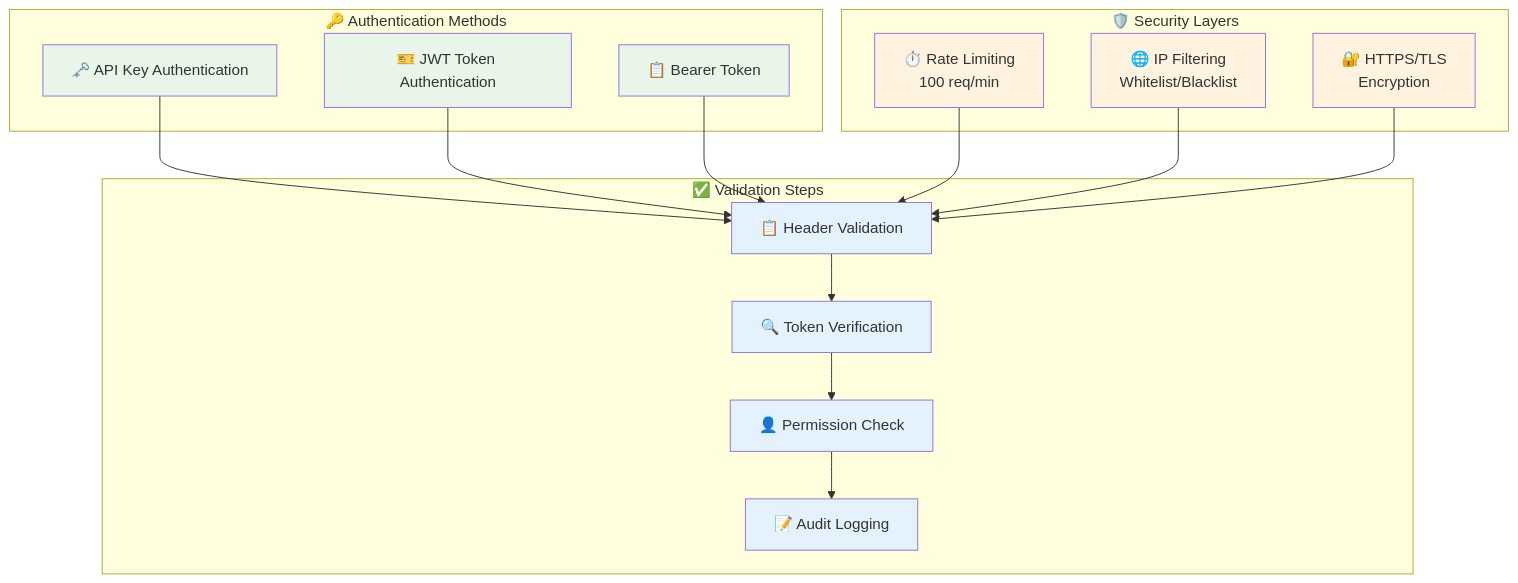
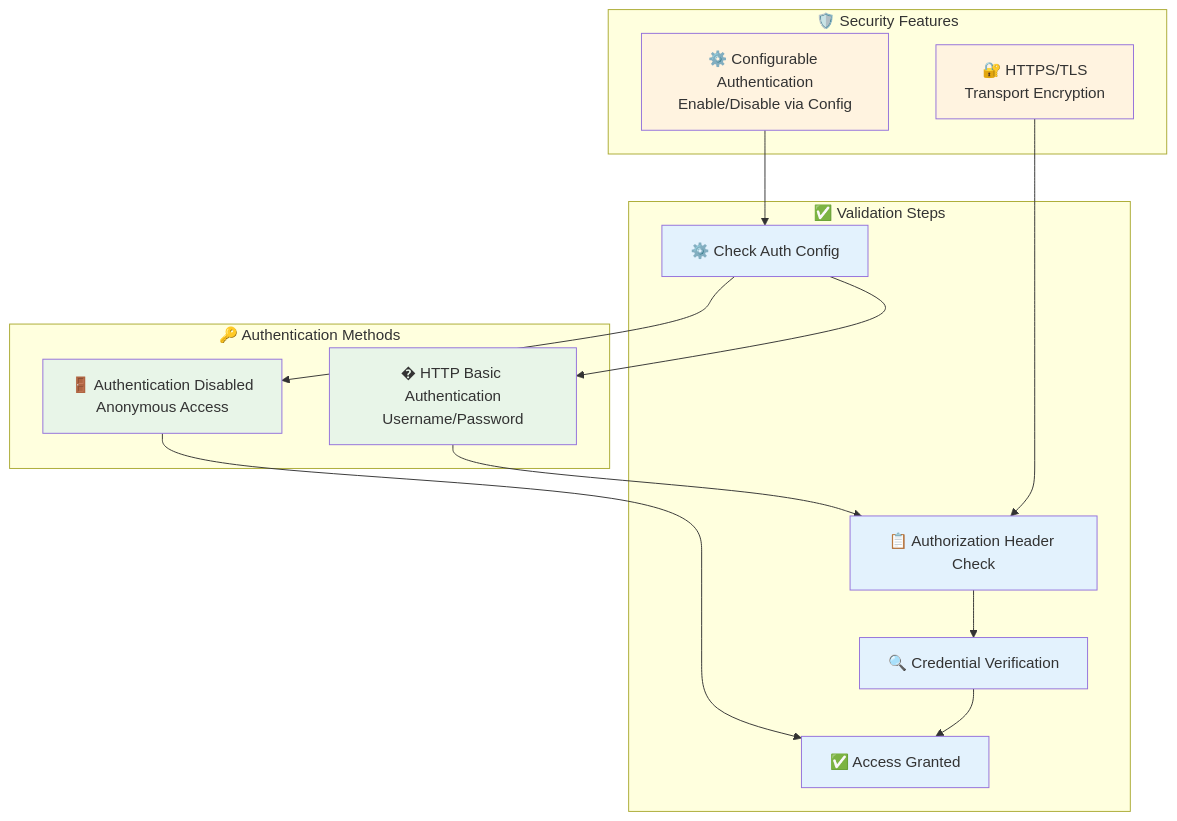
One commit to the-ingenious-dark-knight/Insight_Ingenious changed the sixth of 6 diagrams in docs/api/README.md. Above: the diagram before and after it, drawn with Mermaid. The commit also changed other lines of this file, not shown here.

Commit message:
refactor: Update API documentation to reflect new chat and diagnostic endpoints

````diff
--- a/docs/api/README.md
+++ b/docs/api/README.md
@@ -242,41 +242,38 @@
 ```mermaid
 graph TB
     subgraph "🔑 Authentication Methods"
-        API_KEY[🗝️ API Key Authentication]
-        JWT_TOKEN[🎫 JWT Token Authentication]
-        BEARER_TOKEN[📋 Bearer Token]
+        BASIC_AUTH[� HTTP Basic Authentication<br/>Username/Password]
+        NO_AUTH[🚪 Authentication Disabled<br/>Anonymous Access]
     end
 
-    subgraph "🛡️ Security Layers"
-        RATE_LIMITING[⏱️ Rate Limiting<br/>100 req/min]
-        IP_FILTERING[🌐 IP Filtering<br/>Whitelist/Blacklist]
-        HTTPS_TLS[🔐 HTTPS/TLS<br/>Encryption]
+    subgraph "🛡️ Security Features"
+        HTTPS_TLS[🔐 HTTPS/TLS<br/>Transport Encryption]
+        CONFIG_AUTH[⚙️ Configurable Authentication<br/>Enable/Disable via Config]
     end
 
     subgraph "✅ Validation Steps"
-        HEADER_CHECK[📋 Header Validation]
-        TOKEN_VERIFY[🔍 Token Verification]
-        PERMISSION_CHECK[👤 Permission Check]
-        AUDIT_LOG[📝 Audit Logging]
+        HEADER_CHECK[📋 Authorization Header Check]
+        CREDENTIALS_VERIFY[🔍 Credential Verification]
+        CONFIG_CHECK[⚙️ Check Auth Config]
+        ACCESS_GRANTED[✅ Access Granted]
     end
 
-    API_KEY --> HEADER_CHECK
-    JWT_TOKEN --> HEADER_CHECK
-    BEARER_TOKEN --> HEADER_CHECK
+    BASIC_AUTH --> HEADER_CHECK
+    NO_AUTH --> ACCESS_GRANTED
+    CONFIG_CHECK --> BASIC_AUTH
+    CONFIG_CHECK --> NO_AUTH
 
-    HEADER_CHECK --> TOKEN_VERIFY
-    TOKEN_VERIFY --> PERMISSION_CHECK
-    PERMISSION_CHECK --> AUDIT_LOG
+    HEADER_CHECK --> CREDENTIALS_VERIFY
+    CREDENTIALS_VERIFY --> ACCESS_GRANTED
 
-    RATE_LIMITING --> HEADER_CHECK
-    IP_FILTERING --> HEADER_CHECK
     HTTPS_TLS --> HEADER_CHECK
+    CONFIG_AUTH --> CONFIG_CHECK
 
     classDef auth fill:#e8f5e8
     classDef security fill:#fff3e0
     classDef validation fill:#e3f2fd
 
-    class API_KEY,JWT_TOKEN,BEARER_TOKEN auth
-    class RATE_LIMITING,IP_FILTERING,HTTPS_TLS security
-    class HEADER_CHECK,TOKEN_VERIFY,PERMISSION_CHECK,AUDIT_LOG validation
+    class BASIC_AUTH,NO_AUTH auth
+    class HTTPS_TLS,CONFIG_AUTH security
+    class HEADER_CHECK,CREDENTIALS_VERIFY,CONFIG_CHECK,ACCESS_GRANTED validation
 ```
````
